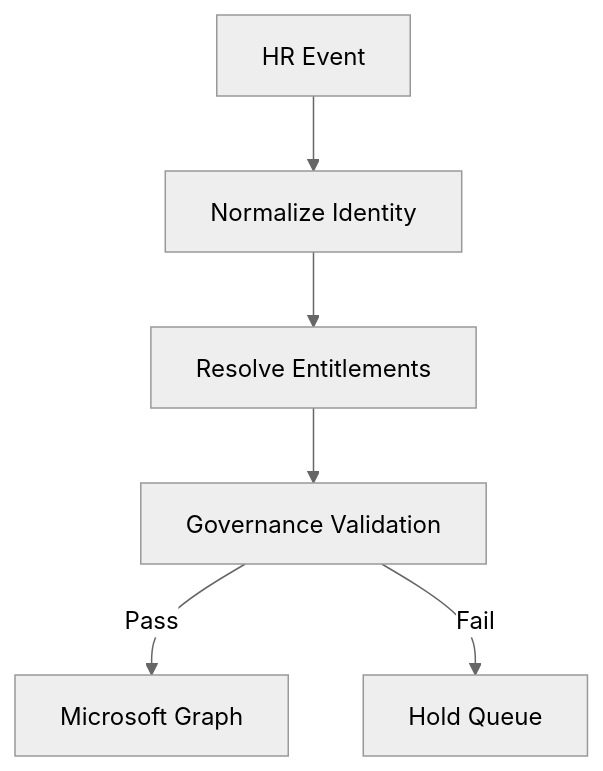
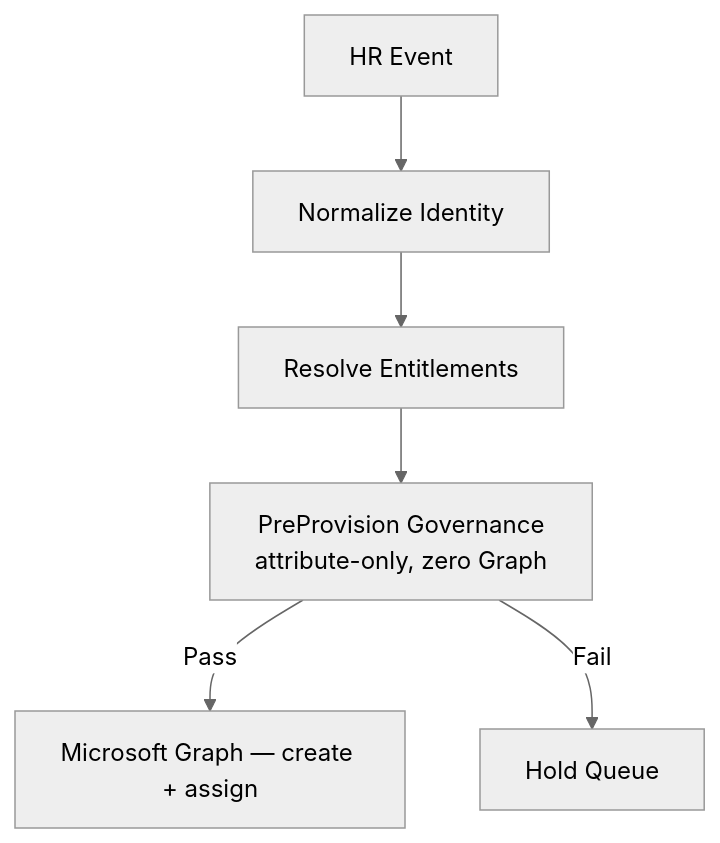
The fourth of 5 diagrams in READme.md (donhenzo/JML-EnigneV2), drawn with Mermaid (neutral theme) before and after one commit. The commit also changed other lines of this file and 6 other files, not shown here.

````diff
--- a/READme.md
+++ b/READme.md
@@ -119,8 +108,8 @@
 ```mermaid
 flowchart TD
     HE["HR Event"] --> NI["Normalize Identity"]
     NI --> RE["Resolve Entitlements"]
-    RE --> GV["Governance Validation"]
-    GV -->|Pass| MG["Microsoft Graph"]
-    GV -->|Fail| HQ["Hold Queue"]
+    RE --> PRE["PreProvision Governance<br/>attribute-only, zero Graph"]
+    PRE -->|Pass| MG["Microsoft Graph — create + assign"]
+    PRE -->|Fail| HQ["Hold Queue"]
 ```
````
